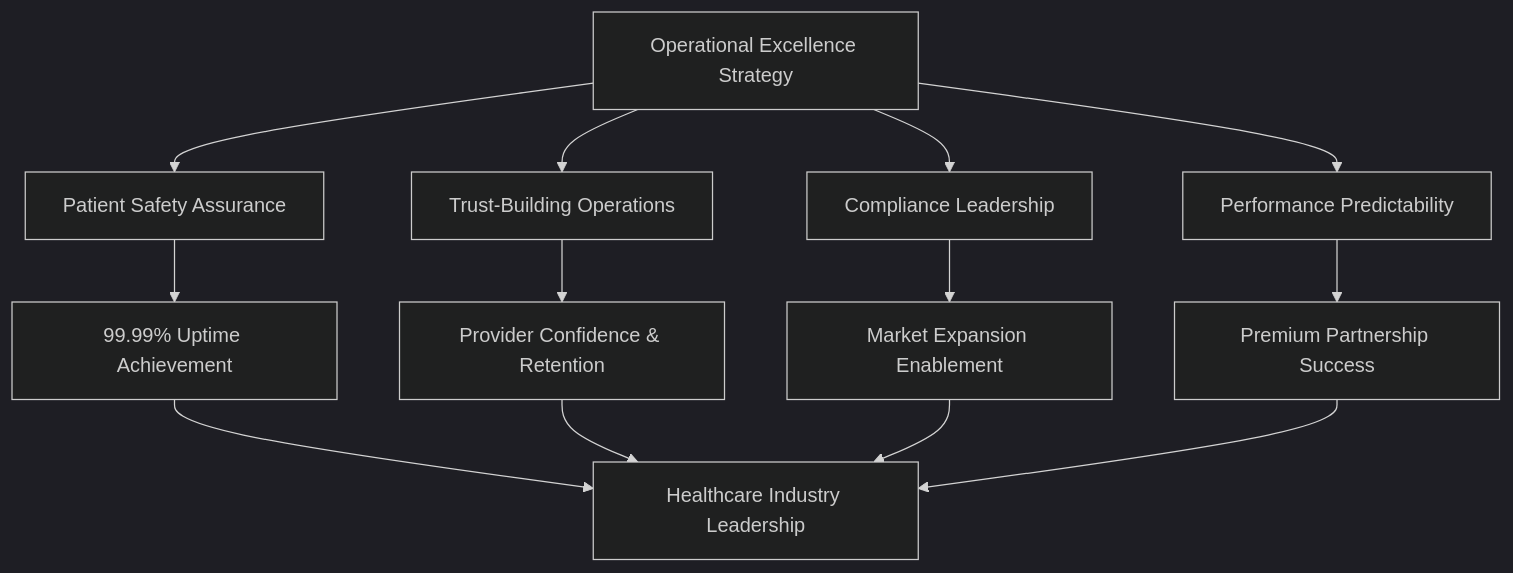
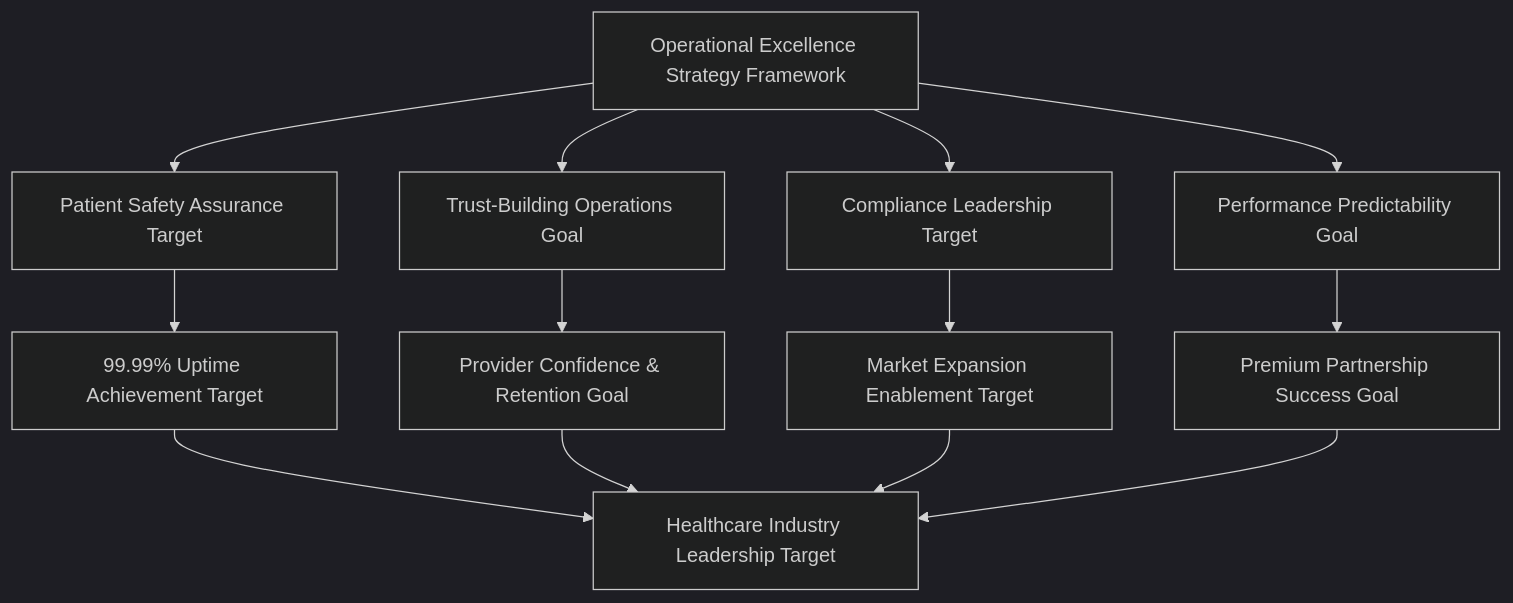
One commit to mydr24/book changed the first of 12 diagrams in chapters/11-monitoring-observability.md. Above: the diagram before and after it, drawn with Mermaid (dark theme). The commit also changed other lines of this file and 15 other files, not shown here.

````diff
--- a/chapters/11-monitoring-observability.md
+++ b/chapters/11-monitoring-observability.md
@@ -34,17 +36,17 @@
 ```mermaid
 graph TD
-    A[Operational Excellence Strategy] --> B[Patient Safety Assurance]
-    A --> C[Trust-Building Operations]
-    A --> D[Compliance Leadership]
-    A --> E[Performance Predictability]
+    A[Operational Excellence Strategy Framework] --> B[Patient Safety Assurance Target]
+    A --> C[Trust-Building Operations Goal]
+    A --> D[Compliance Leadership Target]
+    A --> E[Performance Predictability Goal]
     
-    B --> F[99.99% Uptime Achievement]
-    C --> G[Provider Confidence & Retention]
-    D --> H[Market Expansion Enablement]
-    E --> I[Premium Partnership Success]
+    B --> F[99.99% Uptime Achievement Target]
+    C --> G[Provider Confidence & Retention Goal]
+    D --> H[Market Expansion Enablement Target]
+    E --> I[Premium Partnership Success Goal]
     
-    F --> J[Healthcare Industry Leadership]
+    F --> J[Healthcare Industry Leadership Target]
     G --> J
     H --> J
     I --> J
 ```
````
